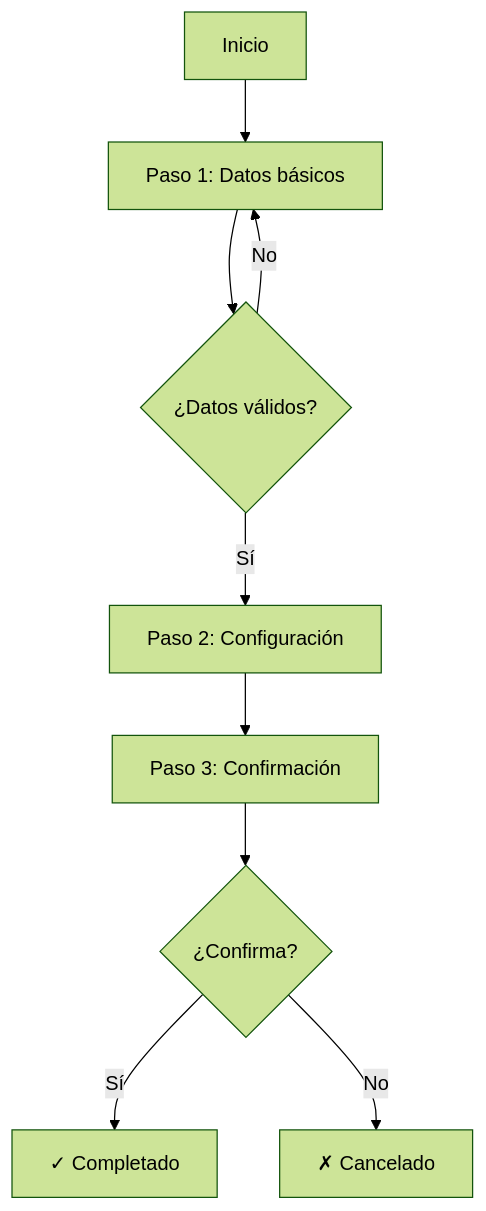
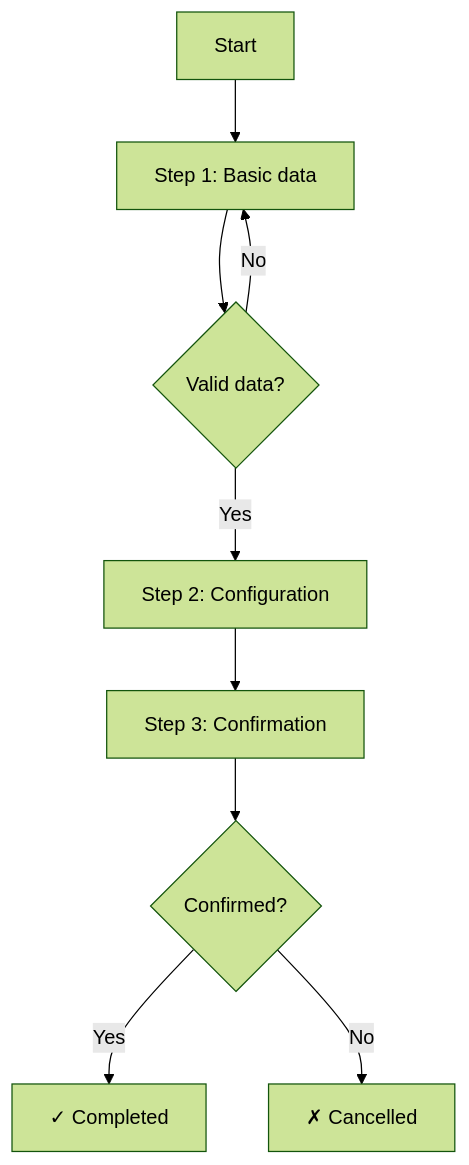
One commit to knowledge-driven-dev/kdd-specs changed the diagram in templates/ui-flow.template.md. Above: the diagram before and after it, drawn with Mermaid (forest theme). The commit also changed other lines of this file and 26 other files, not shown here.

````diff
--- a/templates/ui-flow.template.md
+++ b/templates/ui-flow.template.md
@@ -24,11 +24,11 @@
 ```mermaid
 flowchart TD
-    A[Inicio] --> B[Paso 1: Datos básicos]
-    B --> C{¿Datos válidos?}
-    C -->|Sí| D[Paso 2: Configuración]
+    A[Start] --> B[Step 1: Basic data]
+    B --> C{Valid data?}
+    C -->|Yes| D[Step 2: Configuration]
     C -->|No| B
-    D --> E[Paso 3: Confirmación]
-    E --> F{¿Confirma?}
-    F -->|Sí| G[✓ Completado]
-    F -->|No| H[✗ Cancelado]
+    D --> E[Step 3: Confirmation]
+    E --> F{Confirmed?}
+    F -->|Yes| G[✓ Completed]
+    F -->|No| H[✗ Cancelled]
 ```
````
